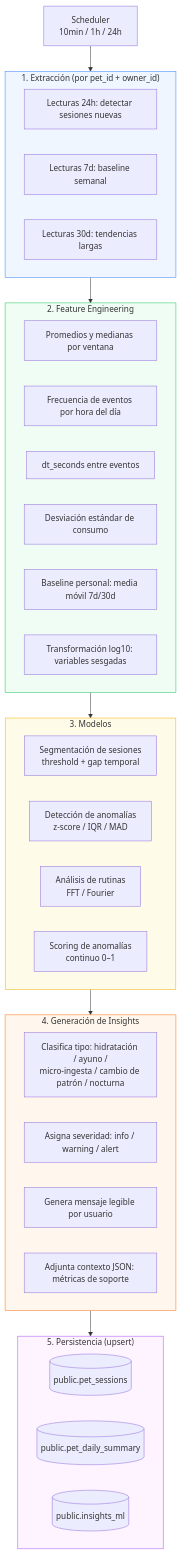
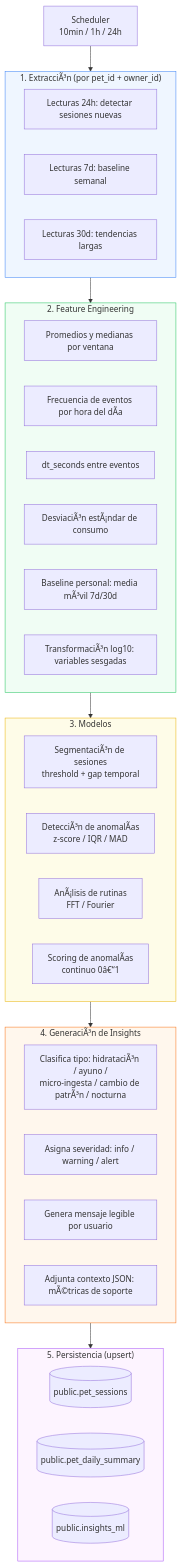
One commit to kittypau-mascotas/kittypau_2026 changed the fifth of 6 diagrams in Docs/KittyPau_Arquitectura_Datos_v3.md. Above: the diagram before and after it, drawn with Mermaid. The commit also changed other lines of this file and 6 other files, not shown here.

````diff
--- a/Docs/KittyPau_Arquitectura_Datos_v3.md
+++ b/Docs/KittyPau_Arquitectura_Datos_v3.md
@@ -394,51 +396,51 @@
 ```mermaid
 flowchart TD
     SCHED[Scheduler\n10min / 1h / 24h]
 
-    subgraph EXTRACT["1. Extracción (por pet_id + owner_id)"]
+    subgraph EXTRACT["1. ExtracciÃ³n (por pet_id + owner_id)"]
         E1[Lecturas 24h: detectar sesiones nuevas]
         E2[Lecturas 7d: baseline semanal]
         E3[Lecturas 30d: tendencias largas]
     end
 
     subgraph FEATURE["2. Feature Engineering"]
         F1[Promedios y medianas por ventana]
-        F2[Frecuencia de eventos por hora del día]
+        F2[Frecuencia de eventos por hora del dÃ­a]
         F3[dt_seconds entre eventos]
-        F4[Desviación estándar de consumo]
-        F5[Baseline personal: media móvil 7d/30d]
-        F6[Transformación log10: variables sesgadas]
+        F4[DesviaciÃ³n estÃ¡ndar de consumo]
+        F5[Baseline personal: media mÃ³vil 7d/30d]
+        F6[TransformaciÃ³n log10: variables sesgadas]
     end
 
     subgraph MODELS["3. Modelos"]
-        M1[Segmentación de sesiones\nthreshold + gap temporal]
-        M2[Detección de anomalías\nz-score / IQR / MAD]
-        M3[Análisis de rutinas\nFFT / Fourier]
-        M4[Scoring de anomalías\ncontinuo 0–1]
+        M1[SegmentaciÃ³n de sesiones\nthreshold + gap temporal]
+        M2[DetecciÃ³n de anomalÃ­as\nz-score / IQR / MAD]
+        M3[AnÃ¡lisis de rutinas\nFFT / Fourier]
+        M4[Scoring de anomalÃ­as\ncontinuo 0â€“1]
     end
 
-    subgraph INSIGHTS["4. Generación de Insights"]
-        I1[Clasifica tipo: hidratación / ayuno /\nmicro-ingesta / cambio de patrón / nocturna]
+    subgraph INSIGHTS["4. GeneraciÃ³n de Insights"]
+        I1[Clasifica tipo: hidrataciÃ³n / ayuno /\nmicro-ingesta / cambio de patrÃ³n / nocturna]
         I2[Asigna severidad: info / warning / alert]
         I3[Genera mensaje legible por usuario]
-        I4[Adjunta contexto JSON: métricas de soporte]
+        I4[Adjunta contexto JSON: mÃ©tricas de soporte]
     end
 
     subgraph PERSIST["5. Persistencia (upsert)"]
         P1[(public.pet_sessions)]
         P2[(public.pet_daily_summary)]
         P3[(public.insights_ml)]
     end
 
     SCHED --> EXTRACT
     EXTRACT --> FEATURE
     FEATURE --> MODELS
     MODELS --> INSIGHTS
     INSIGHTS --> PERSIST
 
     style EXTRACT fill:#eff6ff,stroke:#3b82f6
     style FEATURE fill:#f0fdf4,stroke:#22c55e
     style MODELS fill:#fefce8,stroke:#eab308
     style INSIGHTS fill:#fff7ed,stroke:#f97316
     style PERSIST fill:#fdf4ff,stroke:#a855f7
 ```
````
